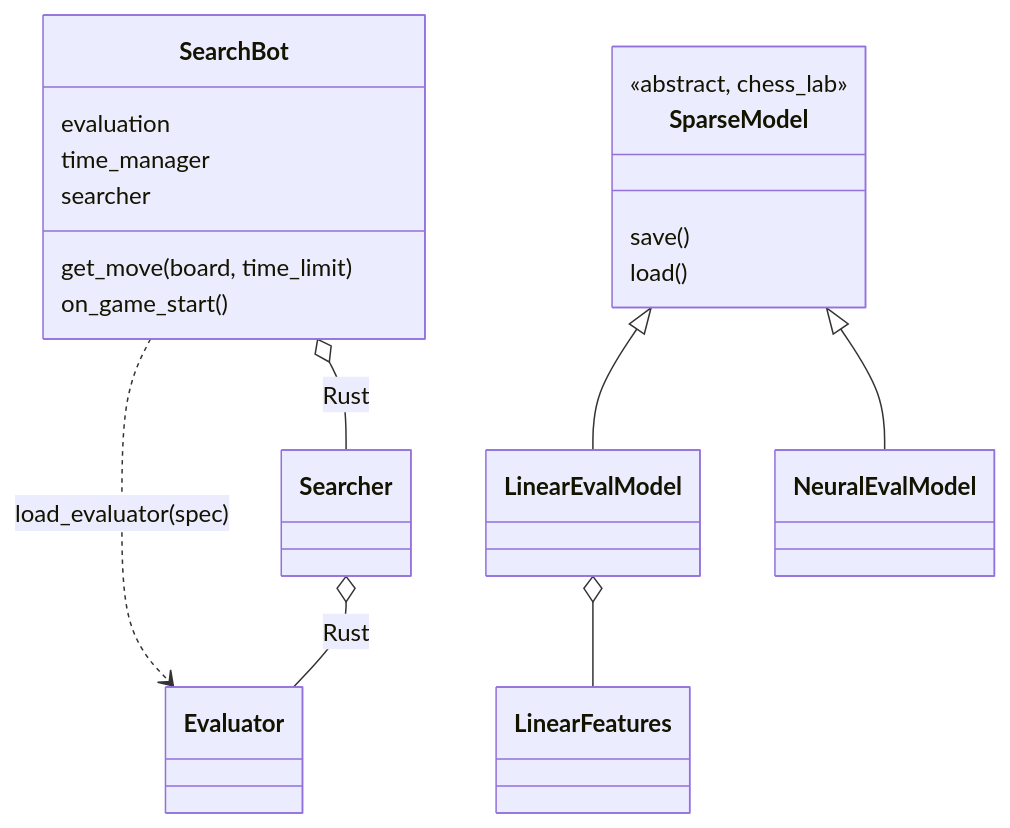
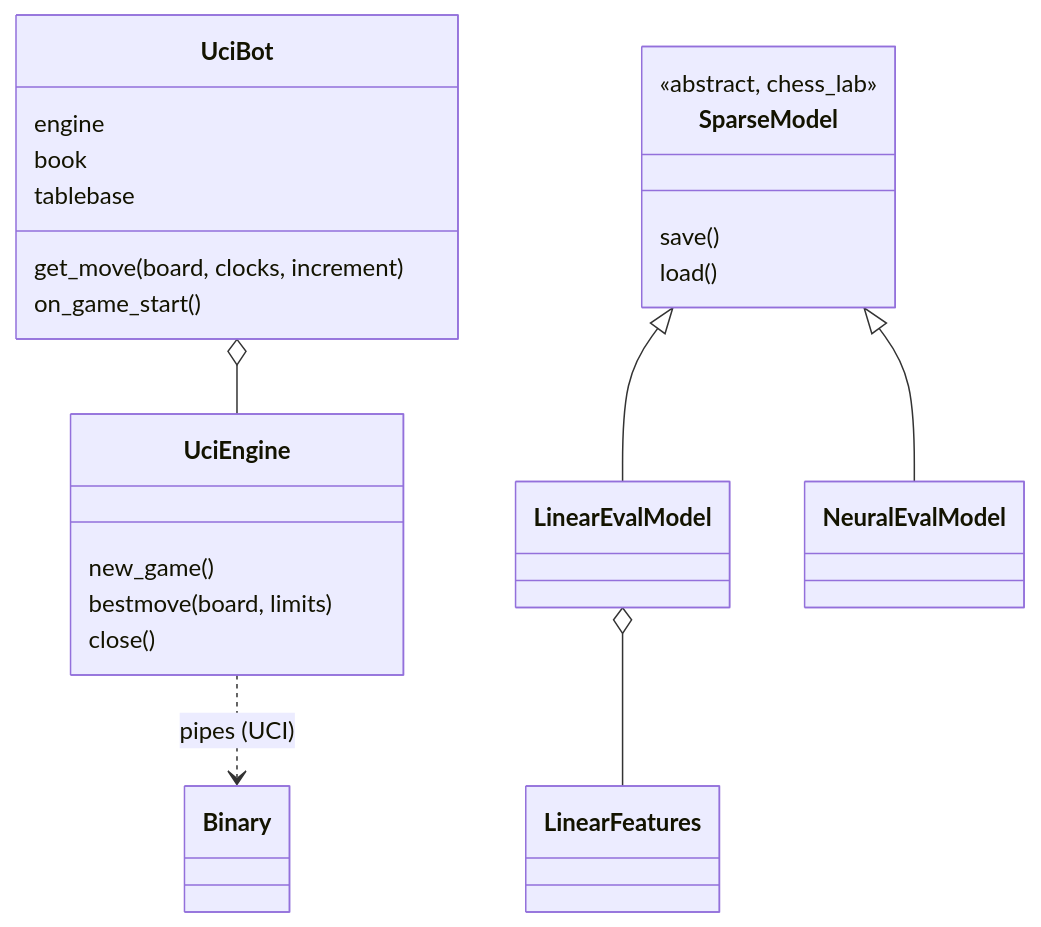
One commit to JoaquinDeVA/chess-ai-engine changed the second of 3 diagrams in docs/ARCHITECTURE.md. Above: the diagram before and after it, drawn with Mermaid. The commit also changed other lines of this file and 69 other files, not shown here.

Commit message:
refactor: GUI and lab talk UCI to the Rust binary, Python game and tournament paths removed

````diff
--- a/docs/ARCHITECTURE.md
+++ b/docs/ARCHITECTURE.md
@@ -71,22 +63,26 @@
 ```mermaid
 classDiagram
-    class SearchBot {
-        evaluation
-        time_manager
-        searcher
-        get_move(board, time_limit)
+    class UciEngine {
+        new_game()
+        bestmove(board, limits)
+        close()
+    }
+    class UciBot {
+        engine
+        book
+        tablebase
+        get_move(board, clocks, increment)
         on_game_start()
     }
 
     class SparseModel {
         <<abstract, chess_lab>>
         save()
         load()
     }
     SparseModel <|-- LinearEvalModel
     SparseModel <|-- NeuralEvalModel
     LinearEvalModel o-- LinearFeatures
-    SearchBot ..> Evaluator : load_evaluator(spec)
-    SearchBot o-- Searcher : Rust
-    Searcher o-- Evaluator : Rust
+    UciBot o-- UciEngine
+    UciEngine ..> Binary : pipes (UCI)
 ```
````
